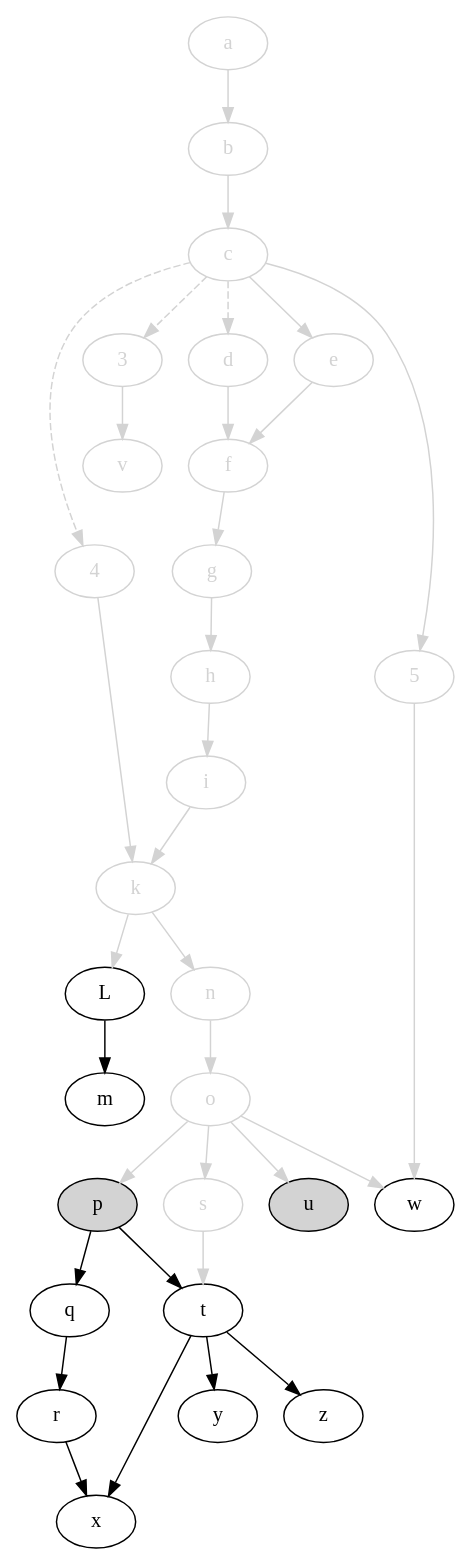
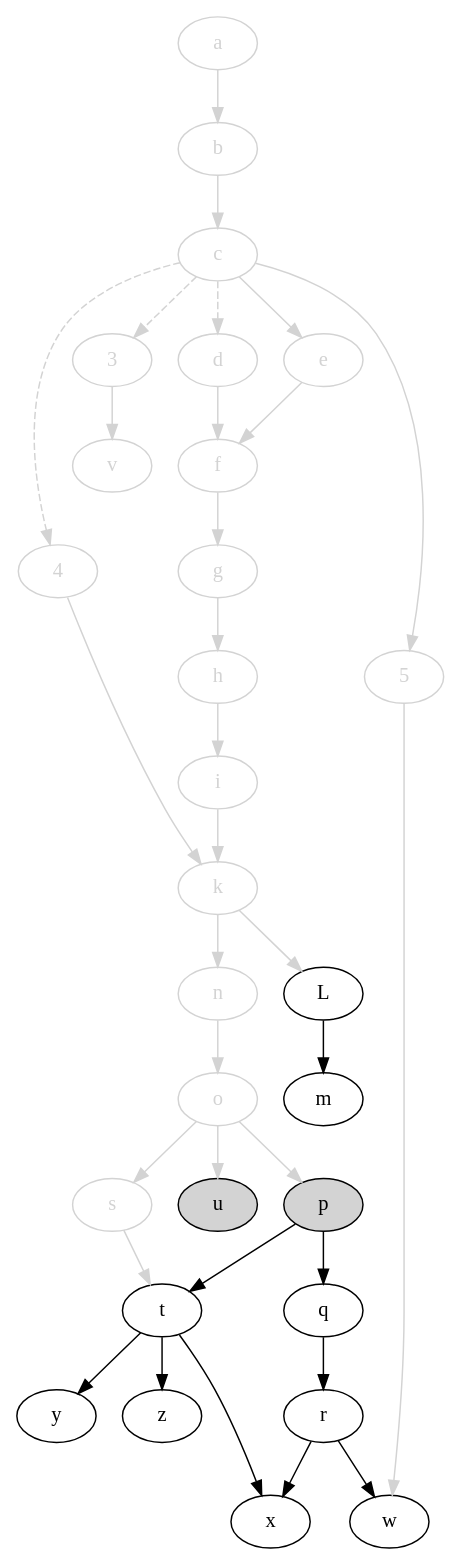
One commit to jdmpapin/svm-startup-deps changed the diagram in svm-startup-deps.dot. Above: the diagram before and after it, drawn with Graphviz. The commit also changed 1 other file, not shown here.

```diff
--- a/svm-startup-deps.dot
+++ b/svm-startup-deps.dot
@@ -1,66 +1,66 @@
 digraph {
     // open: [style=filled,fillcolor=lightgrey]
     // closed: [color=lightgrey,fontcolor=lightgrey]
 
     4 [color=lightgrey,fontcolor=lightgrey];
     3 [color=lightgrey,fontcolor=lightgrey];
     a [color=lightgrey,fontcolor=lightgrey];
     b [color=lightgrey,fontcolor=lightgrey];
     c [color=lightgrey,fontcolor=lightgrey];
     d [color=lightgrey,fontcolor=lightgrey];
     e [color=lightgrey,fontcolor=lightgrey];
     f [color=lightgrey,fontcolor=lightgrey];
     g [color=lightgrey,fontcolor=lightgrey];
     h [color=lightgrey,fontcolor=lightgrey];
     i [color=lightgrey,fontcolor=lightgrey];
     k [color=lightgrey,fontcolor=lightgrey];
     L;
     m;
     5 [color=lightgrey,fontcolor=lightgrey];
     n [color=lightgrey,fontcolor=lightgrey];
     o [color=lightgrey,fontcolor=lightgrey];
     p [style=filled,fillcolor=lightgrey];
     q;
     r;
     s [color=lightgrey,fontcolor=lightgrey];
     t;
     u [style=filled,fillcolor=lightgrey];
     v [color=lightgrey,fontcolor=lightgrey];
     w;
     x;
     y;
     z;
 
     4 -> k [color=lightgrey];
     c -> 4 [style=dashed,color=lightgrey];
     c -> 3 [style=dashed,color=lightgrey];
     c -> d [style=dashed,color=lightgrey];
     3 -> v [color=lightgrey];
     a -> b [color=lightgrey];
     b -> c [color=lightgrey];
     c -> e [color=lightgrey];
     c -> 5 [color=lightgrey];
     d -> f [color=lightgrey];
     e -> f [color=lightgrey];
     f -> g [color=lightgrey];
     g -> h [color=lightgrey];
     h -> i [color=lightgrey];
     i -> k [color=lightgrey];
     k -> L [color=lightgrey];
     L -> m;
     k -> n [color=lightgrey];
     n -> o [color=lightgrey];
     o -> p [color=lightgrey];
     p -> q;
     q -> r;
     o -> s [color=lightgrey];
     s -> t [color=lightgrey];
     p -> t;
     o -> u [color=lightgrey];
     5 -> w [color=lightgrey];
-    o -> w [color=lightgrey];
+    r -> w;
     t -> x;
     r -> x;
     t -> y;
     t -> z;
 }
```
